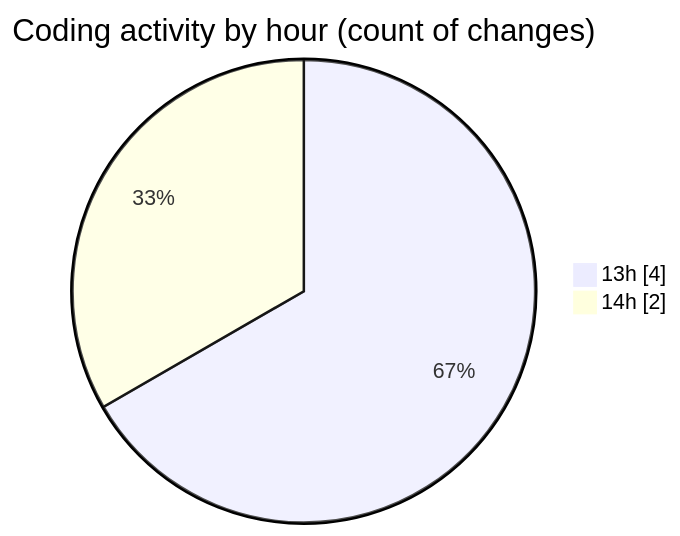
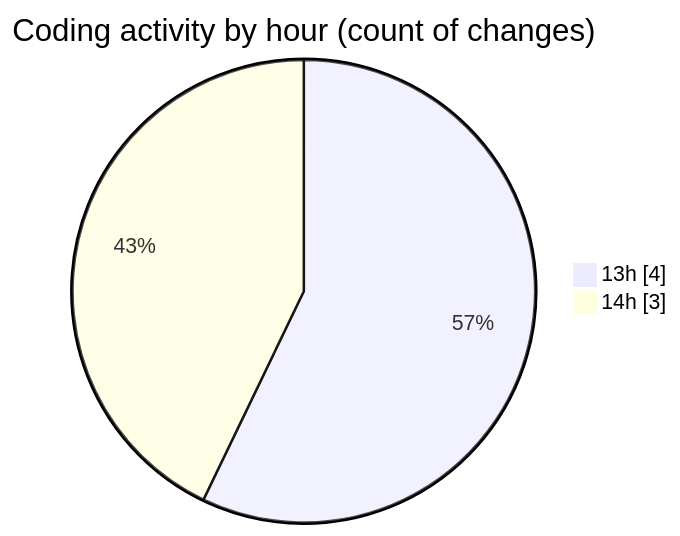
One commit to EIIisD/code-tracking changed the second of 2 diagrams in 2025-08-11/ribbon/README.md. Above: the diagram before and after it, drawn with Mermaid. The commit also changed other lines of this file and 1 other file, not shown here.

````diff
--- a/2025-08-11/ribbon/README.md
+++ b/2025-08-11/ribbon/README.md
@@ -31,6 +33,6 @@
 ```mermaid
 pie showData
 title Coding activity by hour (count of changes)
 "13h" : 4
-"14h" : 2
+"14h" : 3
 ```
````
